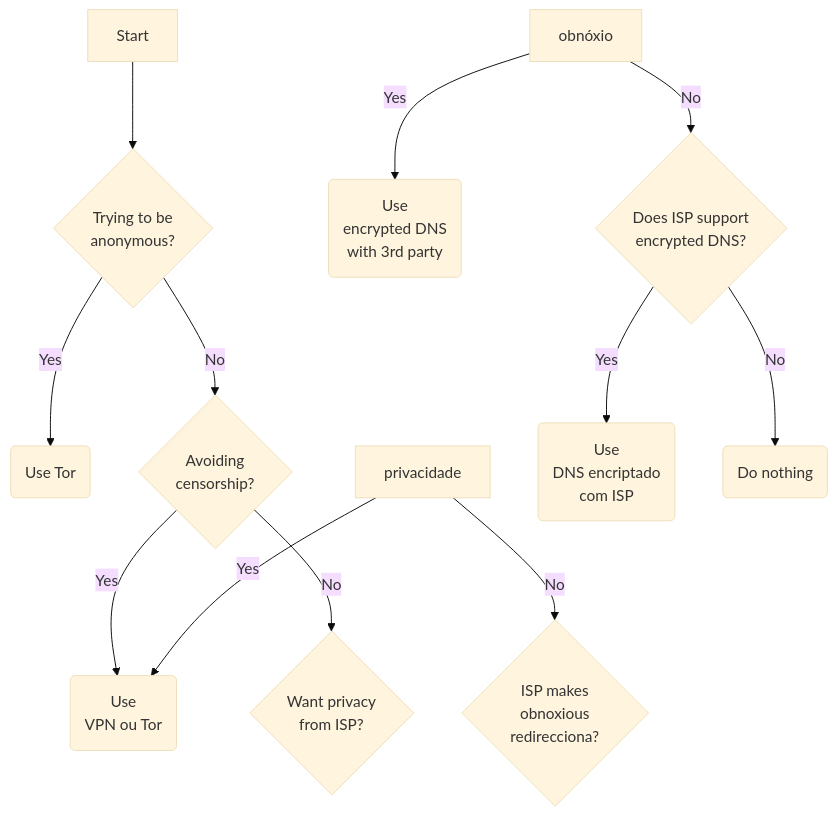
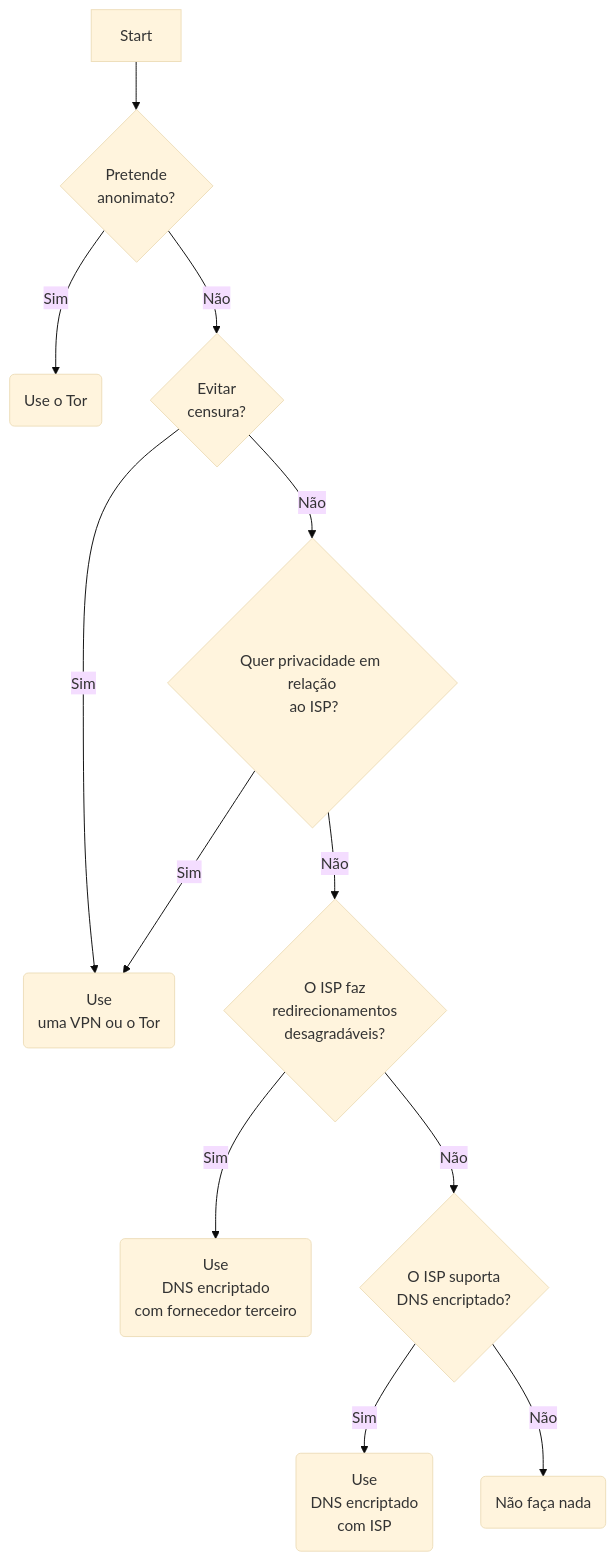
One commit to privacyguides/i18n changed the diagram in i18n/pt/advanced/dns-overview.md. Above: the diagram before and after it, drawn with Mermaid (base theme). The commit also changed other lines of this file and 47 other files, not shown here.

````diff
--- a/i18n/pt/advanced/dns-overview.md
+++ b/i18n/pt/advanced/dns-overview.md
@@ -263,14 +263,14 @@
 ``` mermaid
 graph TB
-    Start[Start] --> anonymous{Trying to be<br> anonymous?}
-    anonymous--> | Yes | tor(Use Tor)
-    anonymous --> | No | censorship{Avoiding<br> censorship?}
-    censorship --> | Yes | vpnOrTor(Use<br> VPN ou Tor)
-    censorship --> | No | privacy{Want privacy<br> from ISP?}
-    privacidade --> | Yes | vpnOrTor
-    privacidade --> | No | obnoxious{ISP makes<br> obnoxious<br> redirecciona?}
-    obnóxio --> | Yes | encryptedDNS(Use<br> encrypted DNS<br> with 3rd party)
-    obnóxio --> | No | ispDNS{Does ISP support<br> encrypted DNS?}
-    ispDNS --> | Yes | useISP(Use<br> DNS encriptado<br> com ISP)
-    ispDNS --> | No | nothing(Do nothing)
+    Iniciar[Start] --> anonimato{Pretende <br> anonimato?}
+    anonimato--> | Sim | tor(Use o Tor)
+    anonimato --> | Não | censura{Evitar<br> censura?}
+    censura --> | Sim | vpnOrTor(Use<br> uma VPN ou o Tor)
+    censura --> | Não | privacidade{Quer privacidade em relação<br> ao ISP?}
+    privacidade --> | Sim | vpnOrTor
+    privacidade --> | Não | obnoxious{O ISP faz<br>redirecionamentos<br> desagradáveis?}
+    obnoxious --> | Sim | encryptedDNS(Use<br> DNS encriptado<br> com fornecedor terceiro)
+    obnoxious --> | Não | ispDNS{O ISP suporta<br> DNS encriptado?}
+    ispDNS --> | Sim | useISP(Use<br> DNS encriptado<br> com ISP)
+    ispDNS --> | Não | nothing(Não faça nada)
 ```
````
